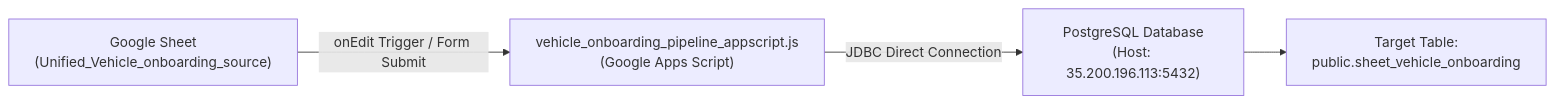
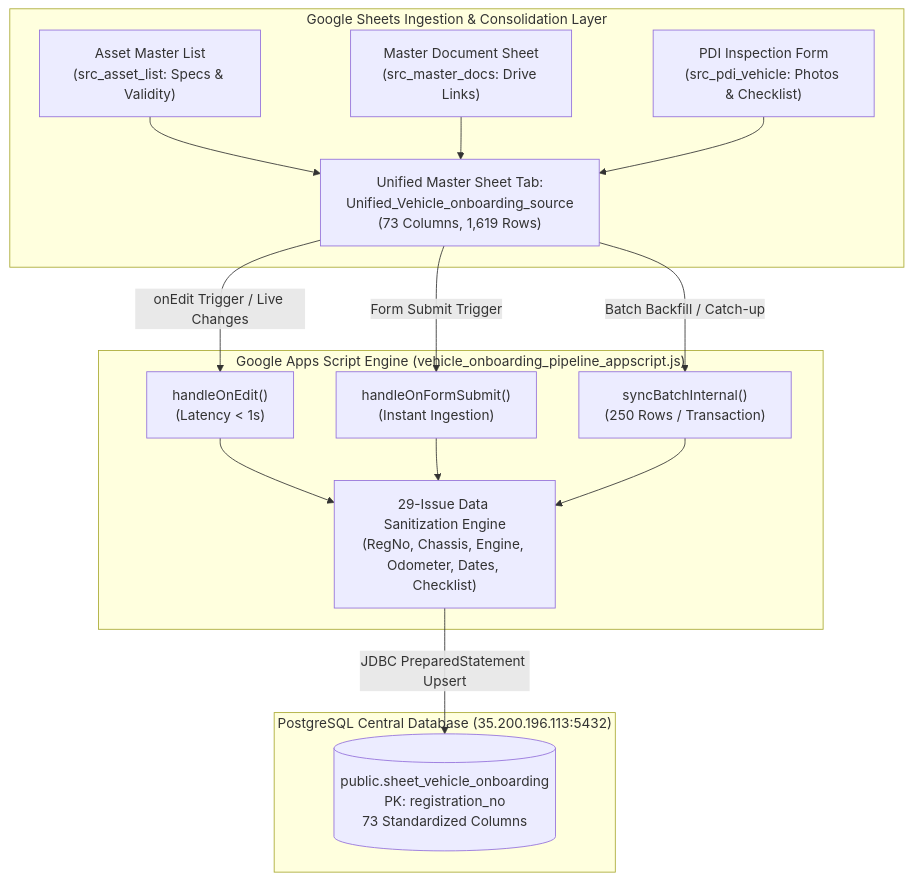
Before and after one commit to aayush-letzryd/backend: the diagram in Vehicle Onboarding Google Sheet/README.md, drawn with Mermaid. The commit also changed other lines of this file, not shown here.

Commit message:
docs(vehicle-onboarding): update README with comprehensive documentation, schema DDL, and runbook

````diff
--- a/Vehicle Onboarding Google Sheet/README.md
+++ b/Vehicle Onboarding Google Sheet/README.md
@@ -9,6 +35,26 @@
 ```mermaid
-flowchart LR
-    A["Google Sheet<br>(Unified_Vehicle_onboarding_source)"] -->|onEdit Trigger / Form Submit| B["vehicle_onboarding_pipeline_appscript.js<br>(Google Apps Script)"]
-    B -->|JDBC Direct Connection| C["PostgreSQL Database<br>(Host: 35.200.196.113:5432)"]
-    C --> D["Target Table:<br>public.sheet_vehicle_onboarding"]
+flowchart TD
+    subgraph Google Sheets Layer ["Google Sheets Ingestion & Consolidation Layer"]
+        A1["Asset Master List<br>(src_asset_list: Specs & Validity)"]
+        A2["Master Document Sheet<br>(src_master_docs: Drive Links)"]
+        A3["PDI Inspection Form<br>(src_pdi_vehicle: Photos & Checklist)"]
+        
+        A1 --> M["Unified Master Sheet Tab:<br>Unified_Vehicle_onboarding_source<br>(73 Columns, 1,619 Rows)"]
+        A2 --> M
+        A3 --> M
+    end
+
+    subgraph Pipeline Engine ["Google Apps Script Engine (vehicle_onboarding_pipeline_appscript.js)"]
+        M -->|onEdit Trigger / Live Changes| E1["handleOnEdit()<br>(Latency &lt; 1s)"]
+        M -->|Form Submit Trigger| E2["handleOnFormSubmit()<br>(Instant Ingestion)"]
+        M -->|Batch Backfill / Catch-up| E3["syncBatchInternal()<br>(250 Rows / Transaction)"]
+        
+        E1 --> S["29-Issue Data Sanitization Engine<br>(RegNo, Chassis, Engine, Odometer, Dates, Checklist)"]
+        E2 --> S
+        E3 --> S
+    end
+
+    subgraph Database Layer ["PostgreSQL Central Database (35.200.196.113:5432)"]
+        S -->|JDBC PreparedStatement Upsert| DB[("public.sheet_vehicle_onboarding<br>PK: registration_no<br>73 Standardized Columns")]
+    end
 ```
````
